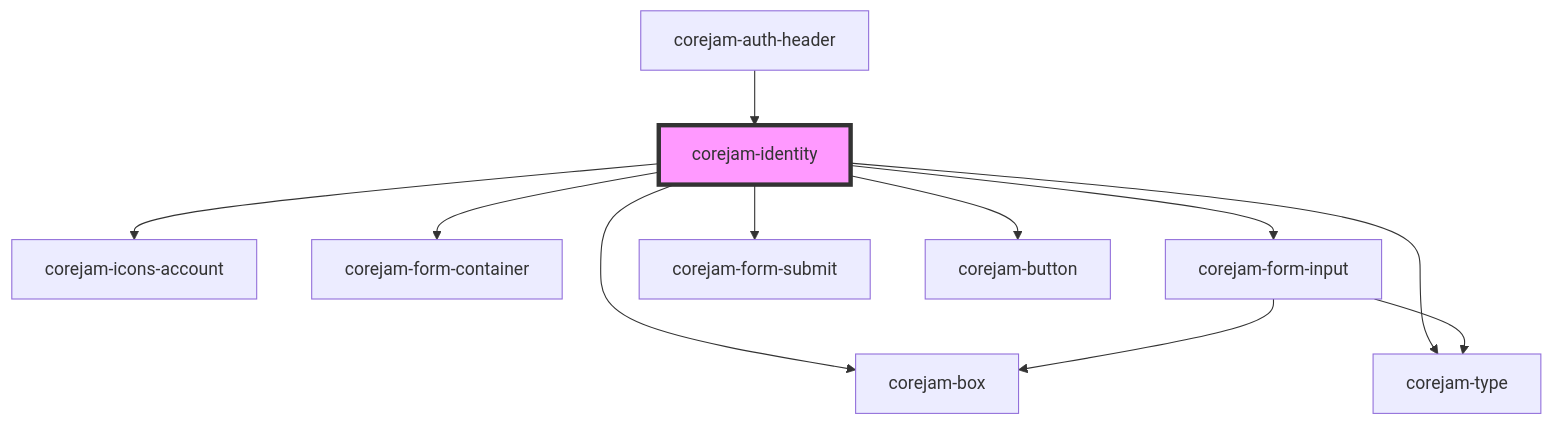
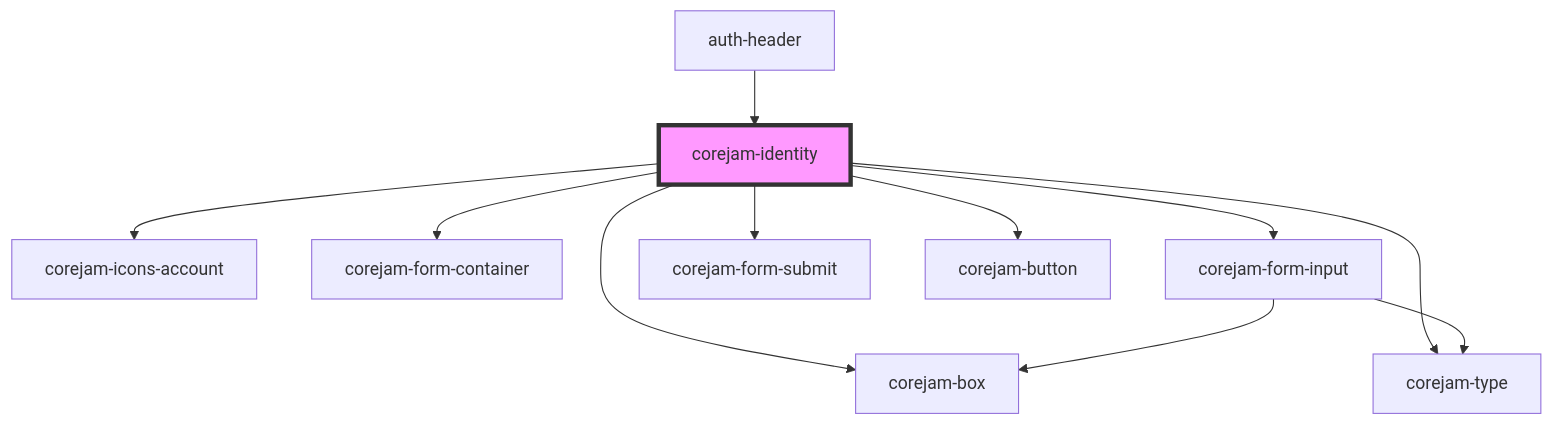
One commit to corejam/corejam changed the diagram in packages/auth/app/components/Identity/readme.md. Above: the diagram before and after it, drawn with Mermaid. The commit also changed other lines of this file and 35 other files, not shown here.

````diff
--- a/packages/auth/app/components/Identity/readme.md
+++ b/packages/auth/app/components/Identity/readme.md
@@ -33,14 +33,14 @@
 ```mermaid
 graph TD;
   corejam-identity --> corejam-box
   corejam-identity --> corejam-type
   corejam-identity --> corejam-icons-account
   corejam-identity --> corejam-form-container
   corejam-identity --> corejam-form-input
   corejam-identity --> corejam-form-submit
   corejam-identity --> corejam-button
   corejam-form-input --> corejam-box
   corejam-form-input --> corejam-type
-  corejam-auth-header --> corejam-identity
+  auth-header --> corejam-identity
   style corejam-identity fill:#f9f,stroke:#333,stroke-width:4px
 ```
````
